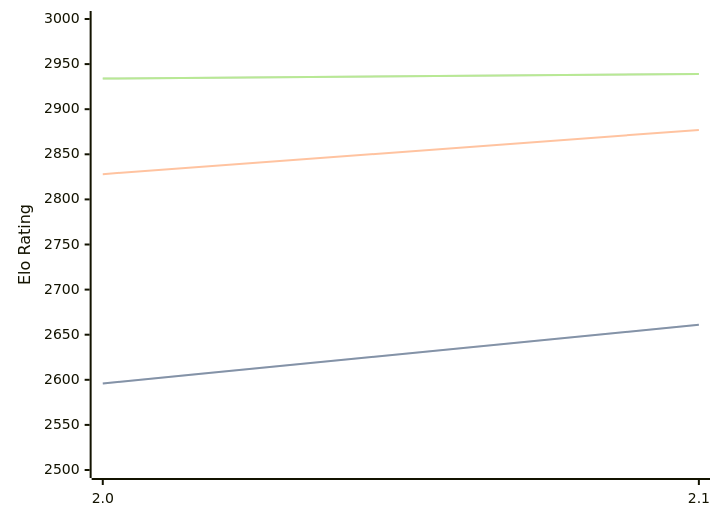
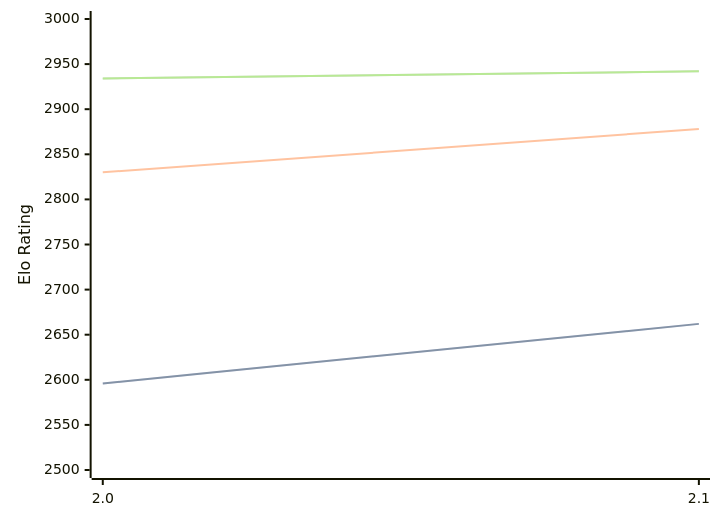
The diagram in engines/Noggin.md (computer-chess-index/cci), drawn with Mermaid before and after one commit. The commit also changed other lines of this file, not shown here.

Commit message:
Update CCI Ratings (ELO VLTC) - 2026-08-29

````diff
--- a/engines/Noggin.md
+++ b/engines/Noggin.md
@@ -33,11 +33,11 @@
 ```mermaid
 %%{init: {"theme":"base","themeVariables":{"seriesColors:['#a3a3a3','#222221','#faa371']}}}%%
 xychart-beta
   x-axis ["2.0", "2.1"]
   y-axis "Elo Rating" 2500 --> 3000
-  line "" [2596, 2661]
-  line "STC (8.0+0.08s)" [2596, 2661]
-  line "LTC (60.0+0.60s)" [2828, 2877]
-  line "" [2934, 2939]
-  line "VLTC (2m24s+1.12s)" [2934, 2939]
+  line "" [2596, 2662]
+  line "STC (8.0+0.08s)" [2596, 2662]
+  line "LTC (60.0+0.60s)" [2830, 2878]
+  line "" [2934, 2942]
+  line "VLTC (2m24s+1.12s)" [2934, 2942]
 ```
````
